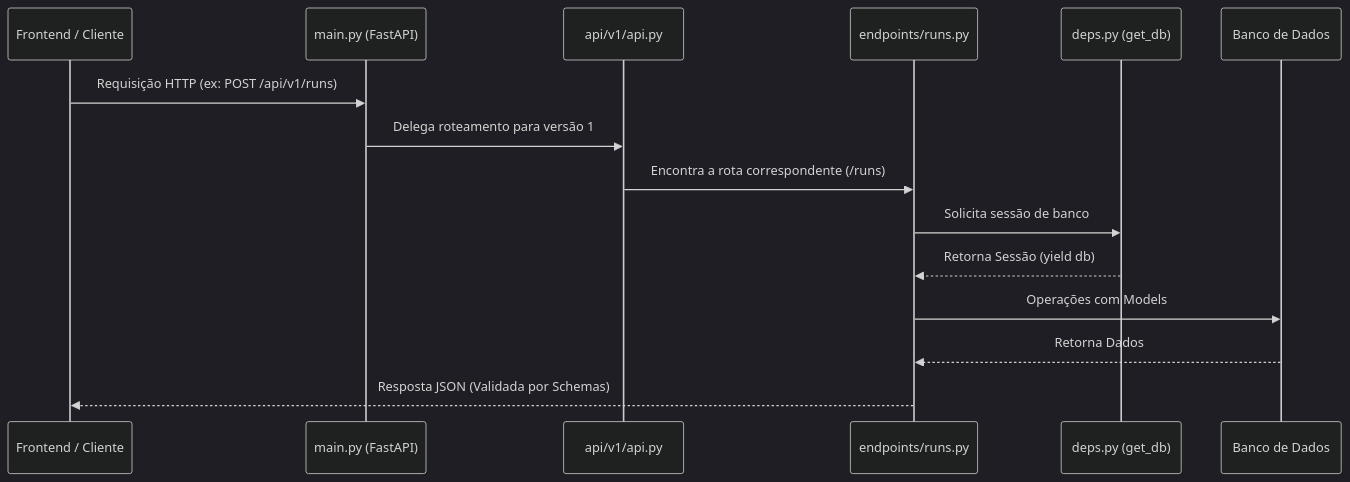
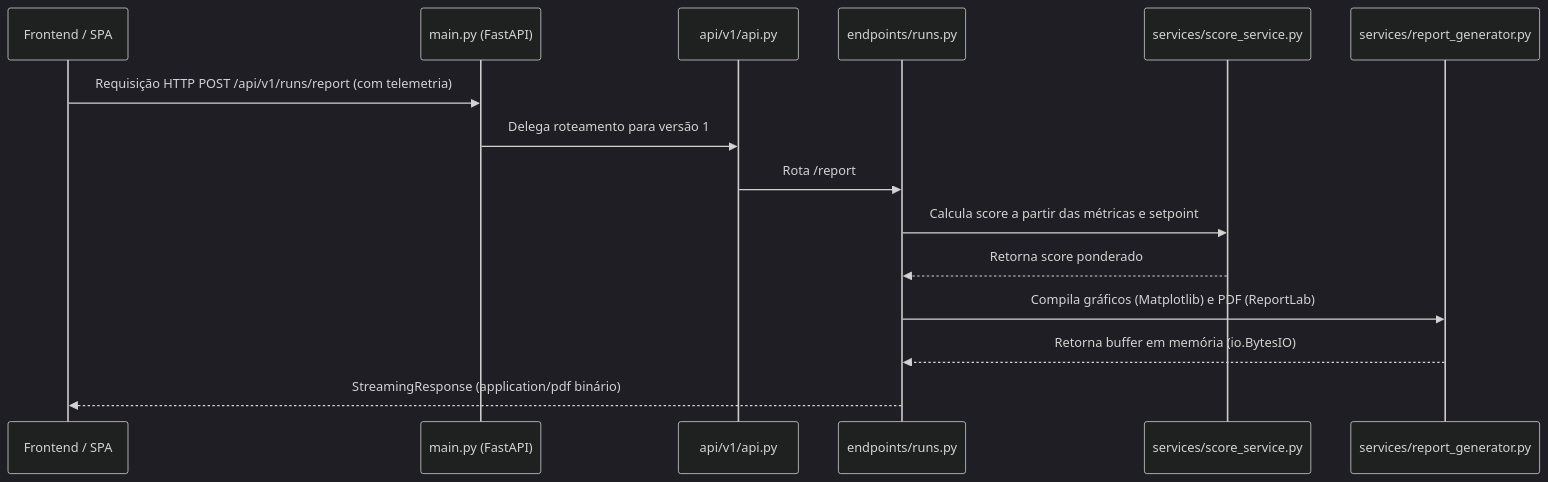
The diagram in backend/README.md (Kl3bs/PID-Simulator), drawn with Mermaid (dark theme) before and after one commit. The commit also changed other lines of this file and 18 other files, not shown here.

````diff
--- a/backend/README.md
+++ b/backend/README.md
@@ -9,18 +9,18 @@
 ```mermaid
 sequenceDiagram
-    participant Cliente as Frontend / Cliente
+    participant Cliente as Frontend / SPA
     participant Main as main.py (FastAPI)
     participant API as api/v1/api.py
     participant Router as endpoints/runs.py
-    participant Deps as deps.py (get_db)
-    participant BD as Banco de Dados
+    participant Score as services/score_service.py
+    participant Report as services/report_generator.py
 
-    Cliente->>Main: Requisição HTTP (ex: POST /api/v1/runs)
+    Cliente->>Main: Requisição HTTP POST /api/v1/runs/report (com telemetria)
     Main->>API: Delega roteamento para versão 1
-    API->>Router: Encontra a rota correspondente (/runs)
-    Router->>Deps: Solicita sessão de banco
-    Deps-->>Router: Retorna Sessão (yield db)
-    Router->>BD: Operações com Models
-    BD-->>Router: Retorna Dados
-    Router-->>Cliente: Resposta JSON (Validada por Schemas)
+    API->>Router: Rota /report
+    Router->>Score: Calcula score a partir das métricas e setpoint
+    Score-->>Router: Retorna score ponderado
+    Router->>Report: Compila gráficos (Matplotlib) e PDF (ReportLab)
+    Report-->>Router: Retorna buffer em memória (io.BytesIO)
+    Router-->>Cliente: StreamingResponse (application/pdf binário)
 ```
````
